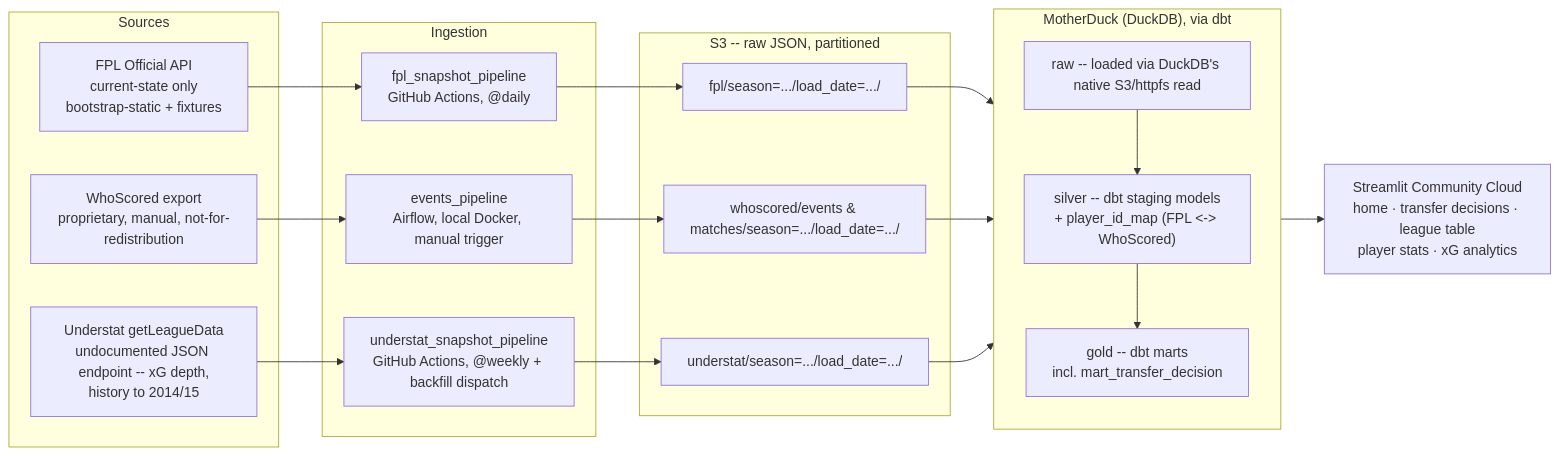
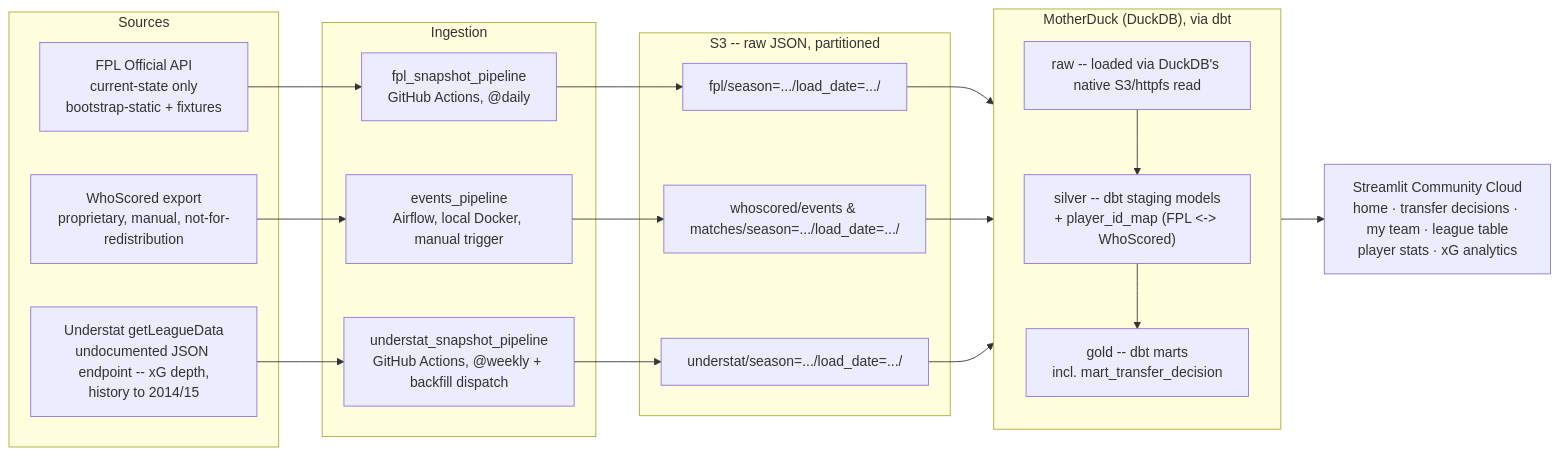
The diagram in docs/architecture.md (liban-osman/premier-league), drawn with Mermaid before and after one commit. The commit also changed other lines of this file and 5 other files, not shown here.

````diff
--- a/docs/architecture.md
+++ b/docs/architecture.md
@@ -10,32 +10,32 @@
 ```mermaid
 flowchart LR
     subgraph Sources
         FPL["FPL Official API<br/>current-state only<br/>bootstrap-static + fixtures"]
         WS["WhoScored export<br/>proprietary, manual, not-for-redistribution"]
         US["Understat getLeagueData<br/>undocumented JSON endpoint -- xG depth,<br/>history to 2014/15"]
     end
 
     subgraph Ingestion["Ingestion"]
         FPL_TASK["fpl_snapshot_pipeline<br/>GitHub Actions, @daily"]
         WS_TASK["events_pipeline<br/>Airflow, local Docker, manual trigger"]
         US_TASK["understat_snapshot_pipeline<br/>GitHub Actions, @weekly + backfill dispatch"]
     end
 
     subgraph Landing["S3 -- raw JSON, partitioned"]
         S3_FPL["fpl/season=.../load_date=.../"]
         S3_WS["whoscored/events & matches/season=.../load_date=.../"]
         S3_US["understat/season=.../load_date=.../"]
     end
 
     subgraph Warehouse["MotherDuck (DuckDB), via dbt"]
         direction TB
         RAW["raw -- loaded via DuckDB's native S3/httpfs read"] --> SILVER["silver -- dbt staging models<br/>+ player_id_map (FPL <-> WhoScored)"] --> GOLD["gold -- dbt marts<br/>incl. mart_transfer_decision"]
     end
 
-    Consumption["Streamlit Community Cloud<br/>home · transfer decisions · league table<br/>player stats · xG analytics"]
+    Consumption["Streamlit Community Cloud<br/>home · transfer decisions · my team · league table<br/>player stats · xG analytics"]
 
     FPL --> FPL_TASK --> S3_FPL --> RAW
     WS --> WS_TASK --> S3_WS --> RAW
     US --> US_TASK --> S3_US --> RAW
     GOLD --> Consumption
 ```
````
